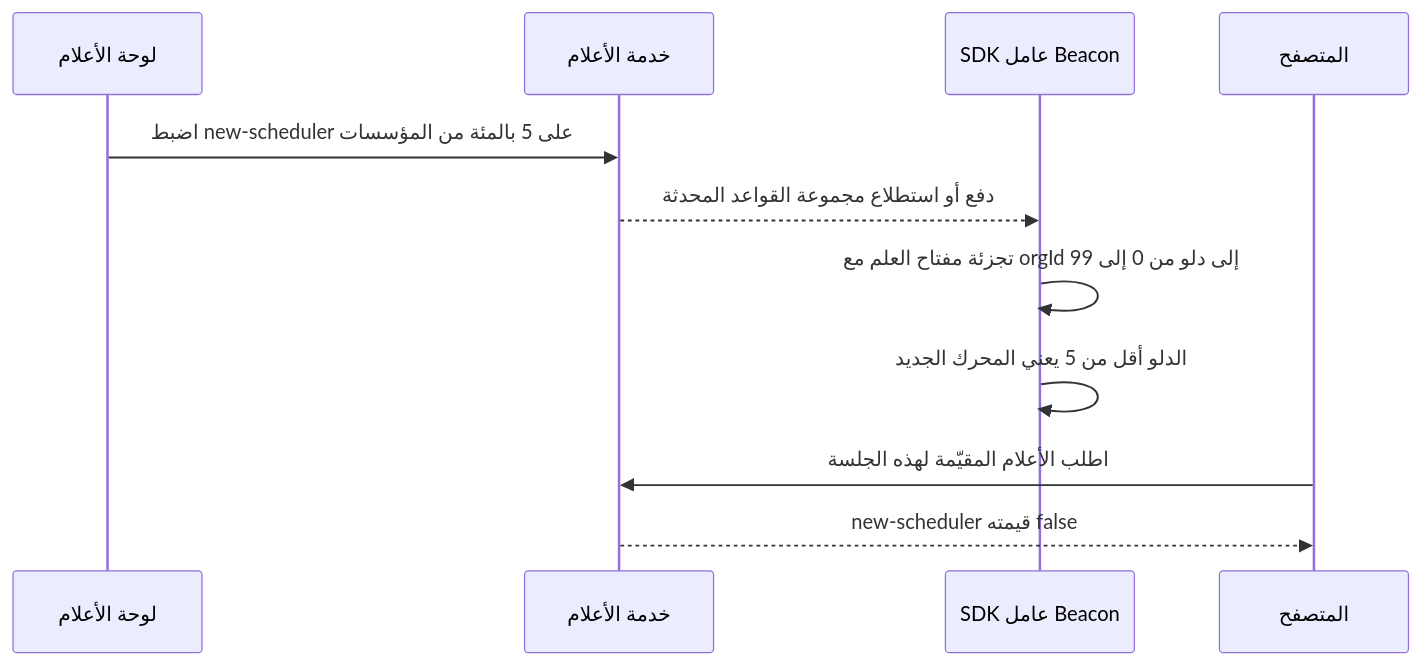
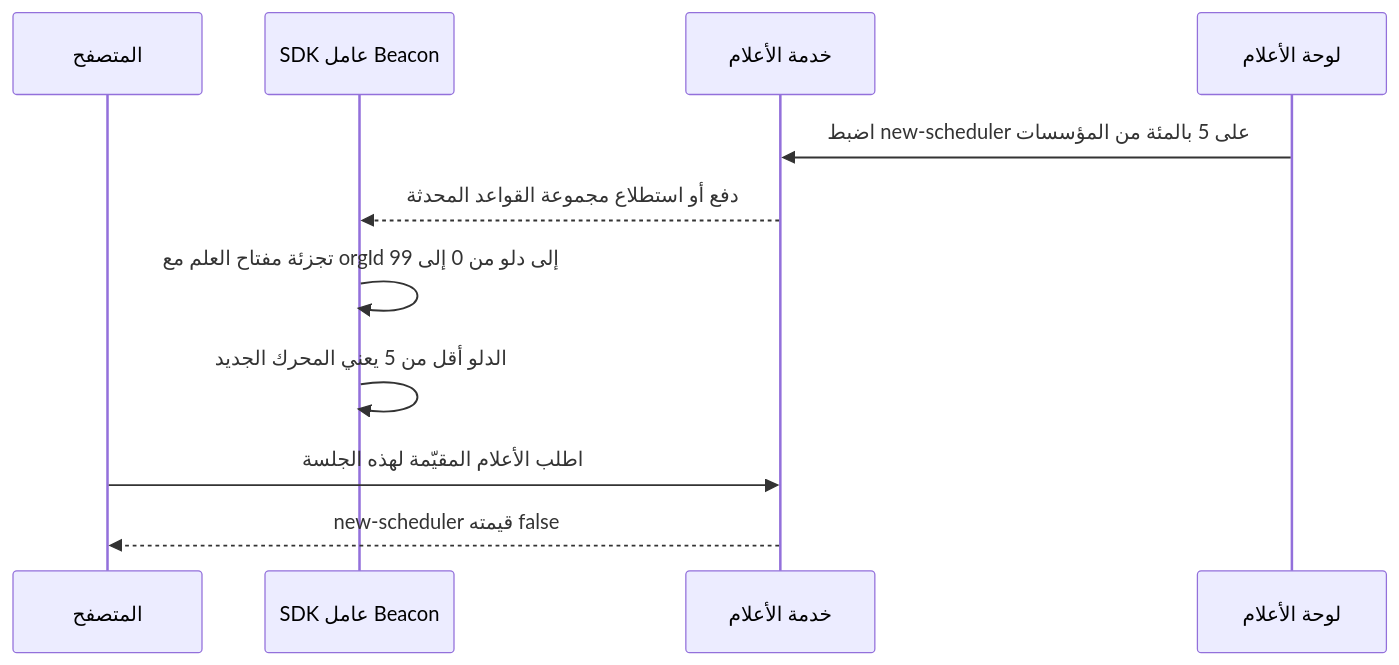
One commit to Tamoura/system-design-for-vibe-coders changed the third of 3 diagrams in saas/modules/06-product-growth.ar.md. Above: the diagram before and after it, drawn with Mermaid. The commit also changed other lines of this file and 31 other files, not shown here.

First line of the commit message:
Arabic editions: diagrams flow right to left

````diff
--- a/saas/modules/06-product-growth.ar.md
+++ b/saas/modules/06-product-growth.ar.md
@@ -589,13 +589,13 @@
 ```mermaid
 sequenceDiagram
-  participant UI as لوحة الأعلام
-  participant FS as خدمة الأعلام
-  participant W as SDK عامل Beacon
-  participant B as المتصفح
+    participant B as المتصفح
+    participant W as SDK عامل Beacon
+    participant FS as خدمة الأعلام
+    participant UI as لوحة الأعلام
   UI->>FS: اضبط new-scheduler على 5 بالمئة من المؤسسات
   FS-->>W: دفع أو استطلاع مجموعة القواعد المحدثة
   W->>W: تجزئة مفتاح العلم مع orgId إلى دلو من 0 إلى 99
   W->>W: الدلو أقل من 5 يعني المحرك الجديد
   B->>FS: اطلب الأعلام المقيّمة لهذه الجلسة
   FS-->>B: new-scheduler قيمته false
 ```
````
